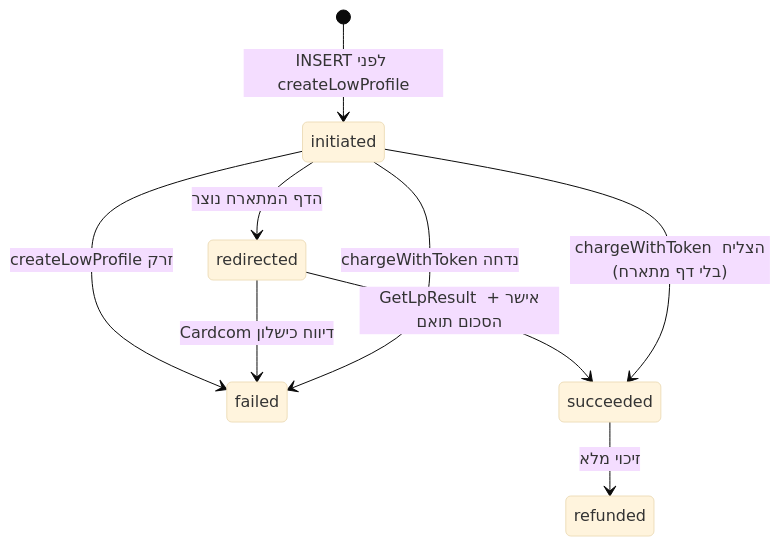
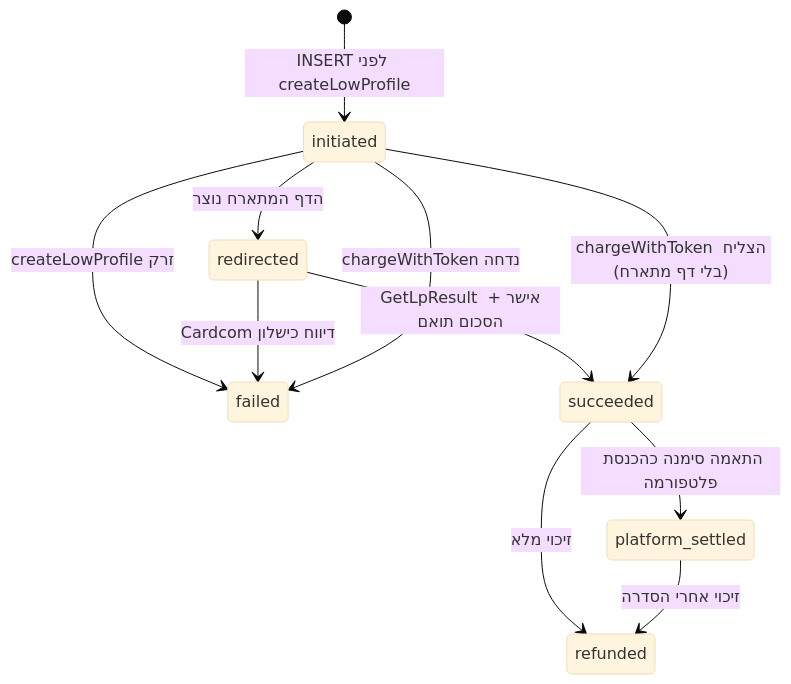
The fourth of 5 diagrams in docs/ARCHITECTURE-ORDER-STATE-MACHINE.md (kenyonexpress/kenyonexpress), drawn with Mermaid (base theme) before and after one commit. The commit also changed other lines of this file, not shown here.

````diff
--- a/docs/ARCHITECTURE-ORDER-STATE-MACHINE.md
+++ b/docs/ARCHITECTURE-ORDER-STATE-MACHINE.md
@@ -256,11 +313,13 @@
 ```mermaid
 stateDiagram-v2
     [*] --> initiated: INSERT לפני createLowProfile
     initiated --> redirected: הדף המתארח נוצר
     initiated --> failed: createLowProfile זרק
     redirected --> succeeded: GetLpResult אישר + הסכום תואם
     redirected --> failed: Cardcom דיווח כישלון
     initiated --> succeeded: chargeWithToken הצליח (בלי דף מתארח)
     initiated --> failed: chargeWithToken נדחה
     succeeded --> refunded: זיכוי מלא
+    succeeded --> platform_settled: התאמה סימנה כהכנסת פלטפורמה
+    platform_settled --> refunded: זיכוי אחרי הסדרה
 ```
````
